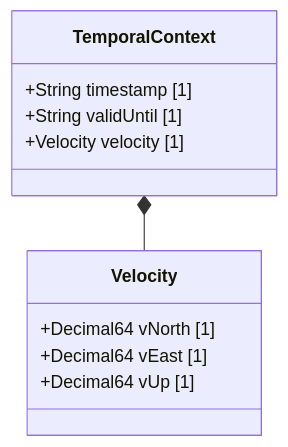
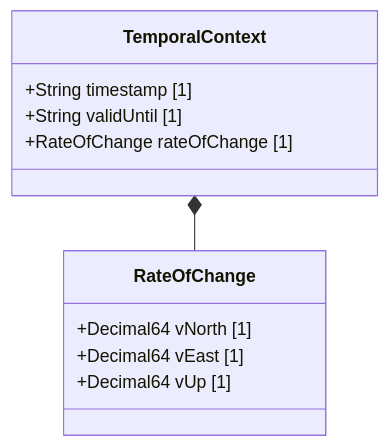
One commit to gintatkinson/digital-pipeline-repo changed the diagram in docs/features/feat-03-dynamics-temporal.md. Above: the diagram before and after it, drawn with Mermaid. The commit also changed other lines of this file and 36 other files, not shown here.

````diff
--- a/docs/features/feat-03-dynamics-temporal.md
+++ b/docs/features/feat-03-dynamics-temporal.md
@@ -12,14 +12,14 @@
 ```mermaid
 classDiagram
-    class Velocity {
+    class RateOfChange {
         +Decimal64 vNorth [1]
         +Decimal64 vEast [1]
         +Decimal64 vUp [1]
     }
     class TemporalContext {
         +String timestamp [1]
         +String validUntil [1]
-        +Velocity velocity [1]
+        +RateOfChange rateOfChange [1]
     }
-    TemporalContext *-- Velocity
+    TemporalContext *-- RateOfChange
 ```
````
